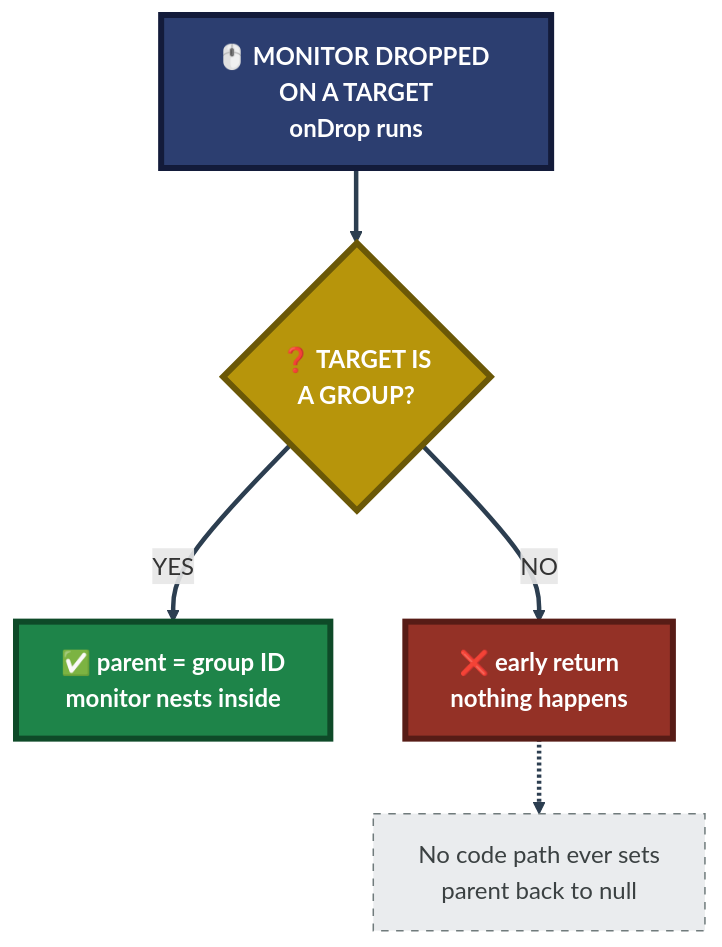
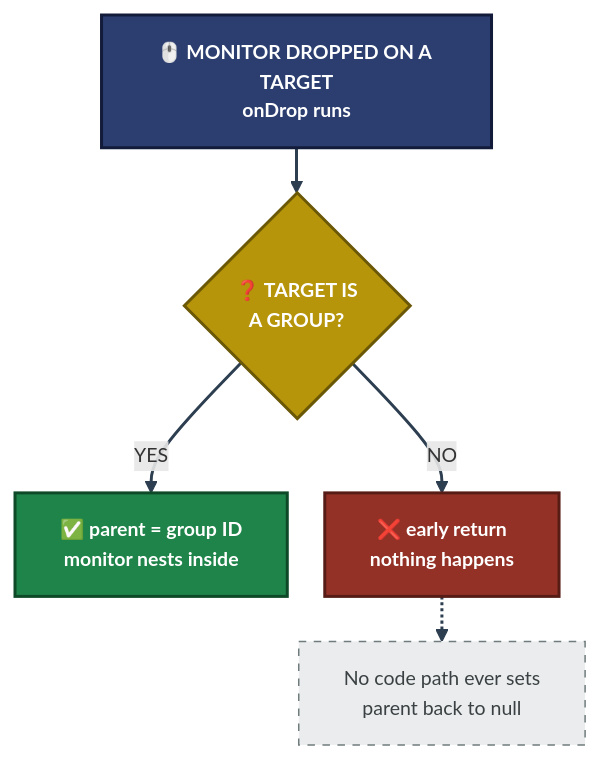
The second of 4 diagrams in project-4-uptime-kuma-open-source-contribution/README.md (malaika-azhar/Real-World-Tier2-Support-Projects), drawn with Mermaid before and after one commit. The commit also changed other lines of this file, not shown here.

````diff
--- a/project-4-uptime-kuma-open-source-contribution/README.md
+++ b/project-4-uptime-kuma-open-source-contribution/README.md
@@ -406,14 +407,15 @@
 ```mermaid
+%%{init: {'flowchart': {'nodeSpacing': 25, 'rankSpacing': 30, 'htmlLabels': true}, 'themeVariables': {'fontSize': '13px'}}}%%
 flowchart TB
     D["🖱️ MONITOR DROPPED ON A TARGET<br/>onDrop runs"]:::start --> Q{"❓ TARGET IS<br/>A GROUP?"}:::q
     Q -->|YES| Y["✅ parent = group ID<br/>monitor nests inside"]:::ok
     Q -->|NO| N["❌ early return<br/>nothing happens"]:::bad
     N -.-> X["No code path ever sets<br/>parent back to null"]:::note
 
-    classDef start fill:#2C3E70,stroke:#131B3A,stroke-width:4px,color:#FFFFFF,font-weight:bold
-    classDef q fill:#B7950B,stroke:#6B5807,stroke-width:4px,color:#FFFFFF,font-weight:bold
-    classDef ok fill:#1E8449,stroke:#0E4A28,stroke-width:4px,color:#FFFFFF,font-weight:bold
-    classDef bad fill:#943126,stroke:#571C16,stroke-width:4px,color:#FFFFFF,font-weight:bold
+    classDef start fill:#2C3E70,stroke:#131B3A,stroke-width:2px,color:#FFFFFF,font-weight:bold
+    classDef q fill:#B7950B,stroke:#6B5807,stroke-width:2px,color:#FFFFFF,font-weight:bold
+    classDef ok fill:#1E8449,stroke:#0E4A28,stroke-width:2px,color:#FFFFFF,font-weight:bold
+    classDef bad fill:#943126,stroke:#571C16,stroke-width:2px,color:#FFFFFF,font-weight:bold
     classDef note fill:#EAECEE,stroke:#707B7C,color:#3B4142,stroke-dasharray: 5 5
-    linkStyle default stroke:#2C3E50,stroke-width:3px
+    linkStyle default stroke:#2C3E50,stroke-width:2px
 ```
````
